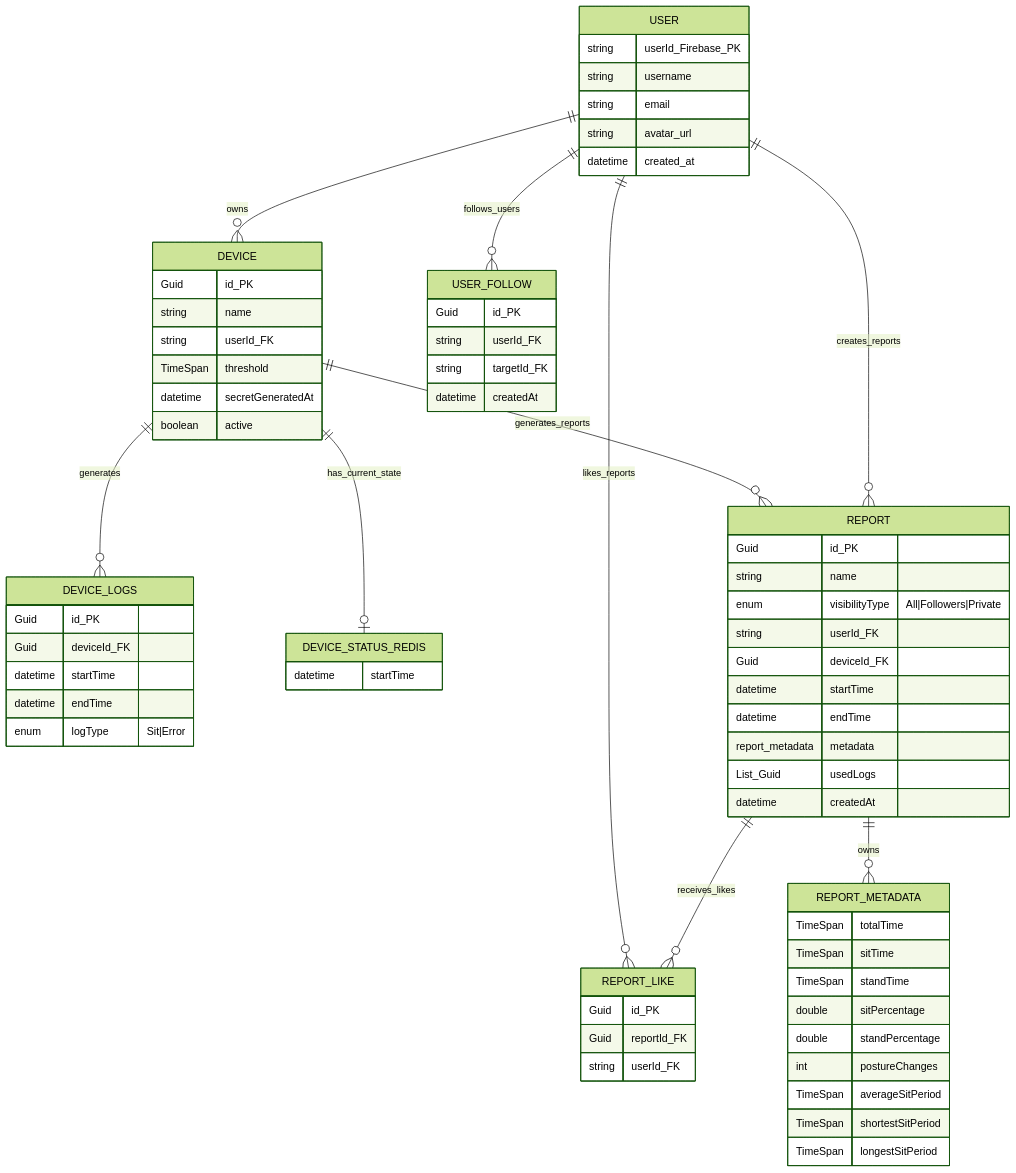
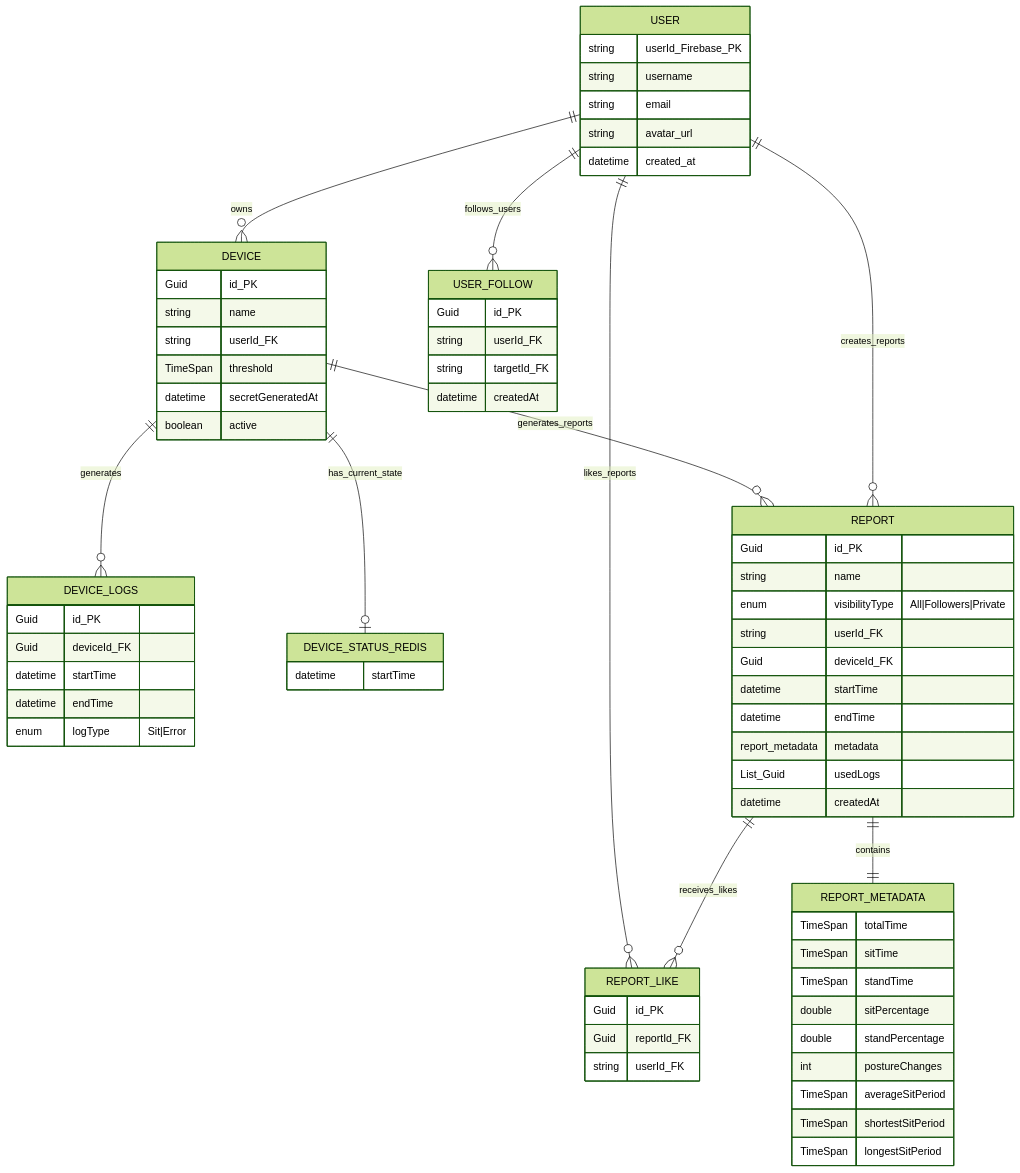
Before and after one commit to Back-Buddy/Backend: the second of 3 diagrams in README.md, drawn with Mermaid (forest theme).

Commit message:
feat: Update ER

````diff
--- a/README.md
+++ b/README.md
@@ -248,80 +248,80 @@
 ```mermaid
 erDiagram
     USER {
         string userId_Firebase_PK
         string username
         string email
         string avatar_url
         datetime created_at
     }
 
     DEVICE {
         Guid id_PK
         string name
         string userId_FK
         TimeSpan threshold
         datetime secretGeneratedAt
         boolean active
     }
 
     DEVICE_LOGS {
         Guid id_PK
         Guid deviceId_FK
         datetime startTime
         datetime endTime
         enum logType "Sit|Error"
     }
 
     DEVICE_STATUS_REDIS {
         datetime startTime
     }
 
     REPORT {
         Guid id_PK
         string name
         enum visibilityType "All|Followers|Private"
         string userId_FK
         Guid deviceId_FK
         datetime startTime
         datetime endTime
         report_metadata metadata
         List_Guid usedLogs
         datetime createdAt
     }
 
     REPORT_METADATA {
         TimeSpan totalTime
         TimeSpan sitTime
         TimeSpan standTime
         double sitPercentage
         double standPercentage
         int postureChanges
         TimeSpan averageSitPeriod
         TimeSpan shortestSitPeriod
         TimeSpan longestSitPeriod
     }
 
     REPORT_LIKE {
         Guid id_PK
         Guid reportId_FK
         string userId_FK
     }
 
     USER_FOLLOW {
         Guid id_PK
         string userId_FK
         string targetId_FK
         datetime createdAt
     }
 
     %% Relationships
     USER ||--o{ DEVICE : "owns"
     DEVICE ||--o{ DEVICE_LOGS : "generates"
     DEVICE ||--o| DEVICE_STATUS_REDIS : "has_current_state"
     DEVICE ||--o{ REPORT : "generates_reports"
     USER ||--o{ REPORT : "creates_reports"
     USER ||--o{ USER_FOLLOW : "follows_users"
     USER ||--o{ REPORT_LIKE : "likes_reports"
     REPORT ||--o{ REPORT_LIKE : "receives_likes"
-    REPORT ||--o{ REPORT_METADATA: "owns"
+    REPORT ||--|| REPORT_METADATA : "contains"
 ```
````
